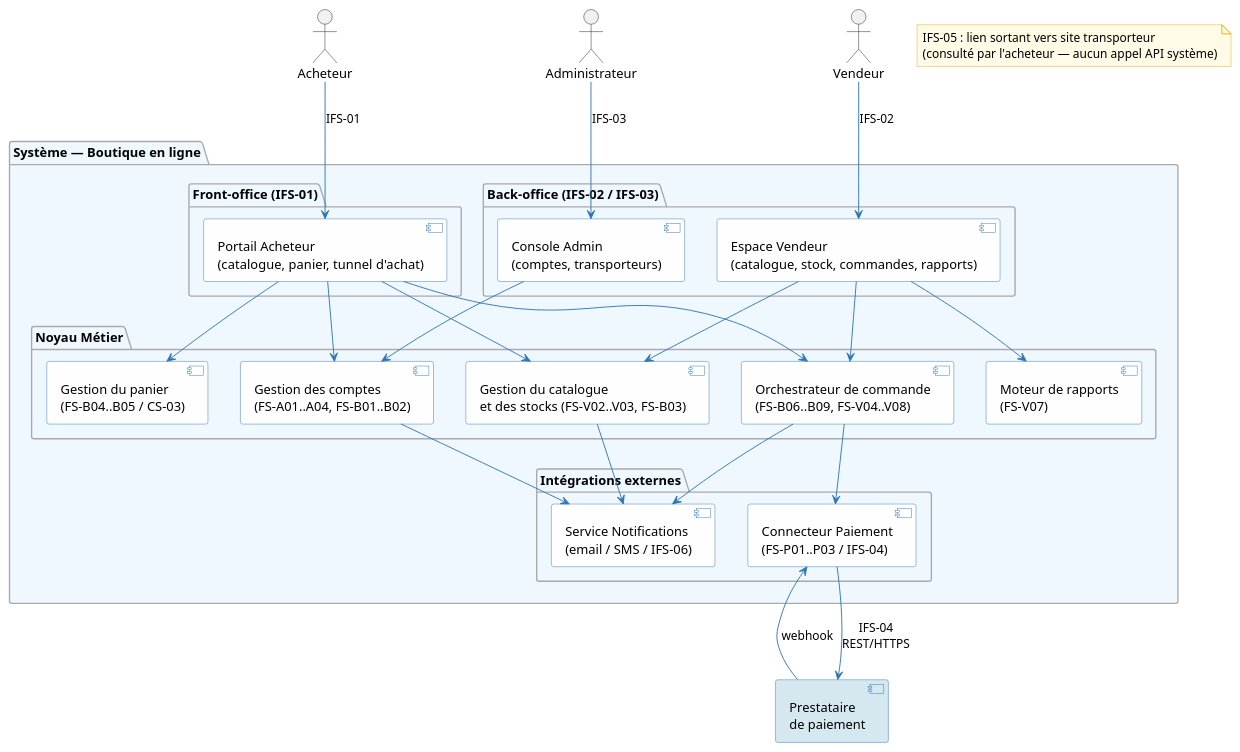
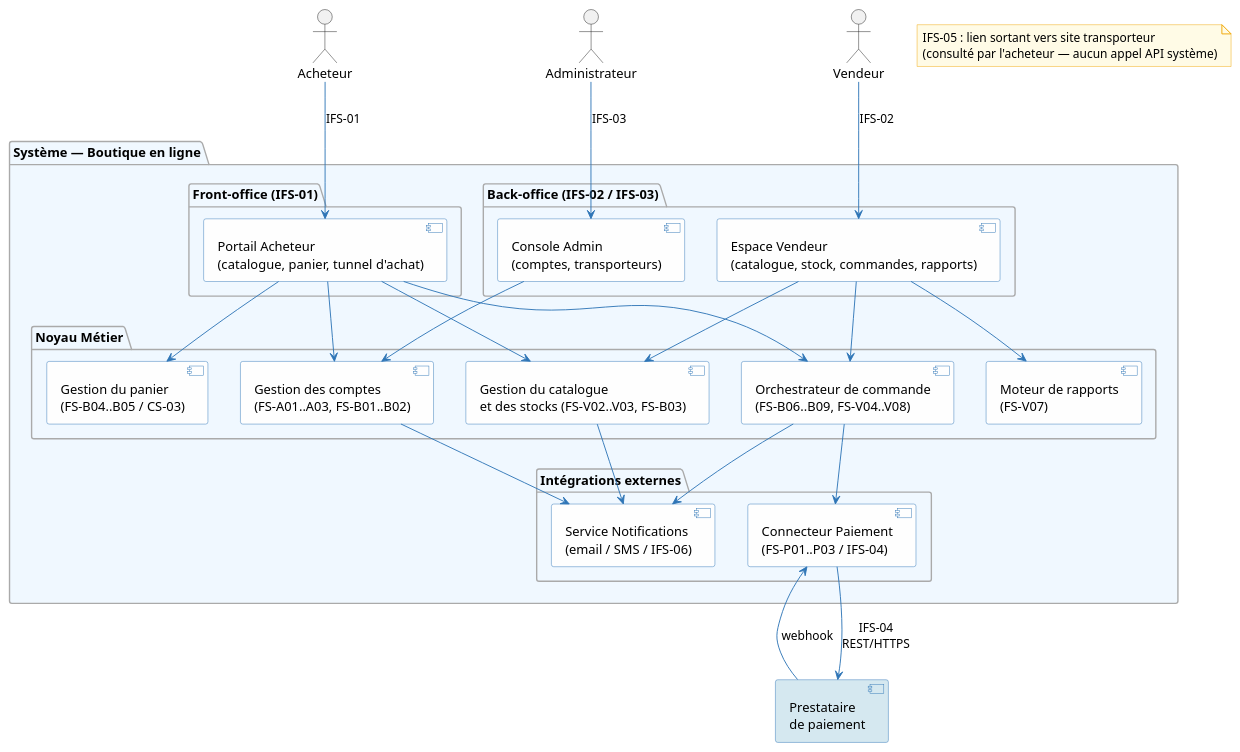
One commit to louistalvande/online_shop changed the fifth of 5 diagrams in architecture/02-system-analysis/sa.adoc. Above: the diagram before and after it, drawn with PlantUML. The commit also changed other lines of this file and 5 other files, not shown here.

```diff
--- a/architecture/02-system-analysis/sa.adoc
+++ b/architecture/02-system-analysis/sa.adoc
@@ -1206,69 +1210,69 @@
 [plantuml, sa-components, svg]
 ----
 skinparam componentBackgroundColor #FEFEFE
 skinparam componentBorderColor #2E75B6
 skinparam arrowColor #2E75B6
 skinparam interfaceBackgroundColor #E8F4FD
 skinparam interfaceBorderColor #2E75B6
 skinparam noteBackgroundColor #FFFBE6
 skinparam noteBorderColor #F0A500
 skinparam packageBackgroundColor #F0F8FF
 skinparam packageBorderColor #AAAAAA
 
 actor "Acheteur" as Buyer
 actor "Vendeur" as Vendor
 actor "Administrateur" as Admin
 
 package "Système — Boutique en ligne" {
 
   package "Front-office (IFS-01)" {
     [Portail Acheteur\n(catalogue, panier, tunnel d'achat)] as FrontBuyer
   }
 
   package "Back-office (IFS-02 / IFS-03)" {
     [Espace Vendeur\n(catalogue, stock, commandes, rapports)] as BackVendor
     [Console Admin\n(comptes, transporteurs)] as BackAdmin
   }
 
   package "Noyau Métier" {
-    [Gestion des comptes\n(FS-A01..A04, FS-B01..B02)] as AccountSvc
+    [Gestion des comptes\n(FS-A01..A03, FS-B01..B02)] as AccountSvc
     [Gestion du catalogue\net des stocks (FS-V02..V03, FS-B03)] as CatalogSvc
     [Gestion du panier\n(FS-B04..B05 / CS-03)] as CartSvc
     [Orchestrateur de commande\n(FS-B06..B09, FS-V04..V08)] as OrderSvc
     [Moteur de rapports\n(FS-V07)] as ReportSvc
   }
 
   package "Intégrations externes" {
     [Connecteur Paiement\n(FS-P01..P03 / IFS-04)] as PaySvc
     [Service Notifications\n(email / SMS / IFS-06)] as NotifSvc
   }
 
 }
 
 component "Prestataire\nde paiement" as ExtPayment #D5E8F0
 
 Buyer --> FrontBuyer : IFS-01
 Vendor --> BackVendor : IFS-02
 Admin --> BackAdmin : IFS-03
 
 FrontBuyer --> AccountSvc
 FrontBuyer --> CatalogSvc
 FrontBuyer --> CartSvc
 FrontBuyer --> OrderSvc
 
 BackVendor --> CatalogSvc
 BackVendor --> OrderSvc
 BackVendor --> ReportSvc
 
 BackAdmin --> AccountSvc
 
 OrderSvc --> PaySvc
 OrderSvc --> NotifSvc
 AccountSvc --> NotifSvc
 CatalogSvc --> NotifSvc
 
 PaySvc --> ExtPayment : IFS-04\nREST/HTTPS
 ExtPayment --> PaySvc : webhook
 
 note "IFS-05 : lien sortant vers site transporteur\n(consulté par l'acheteur — aucun appel API système)" as N1
 ----
```
